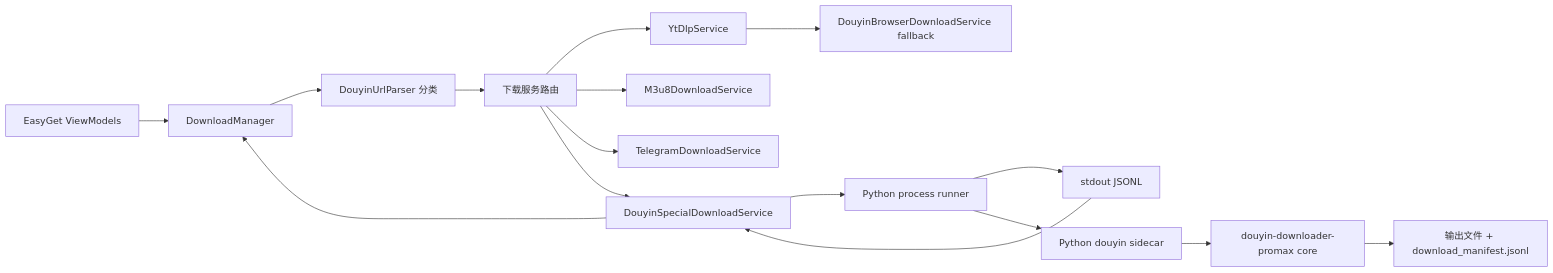
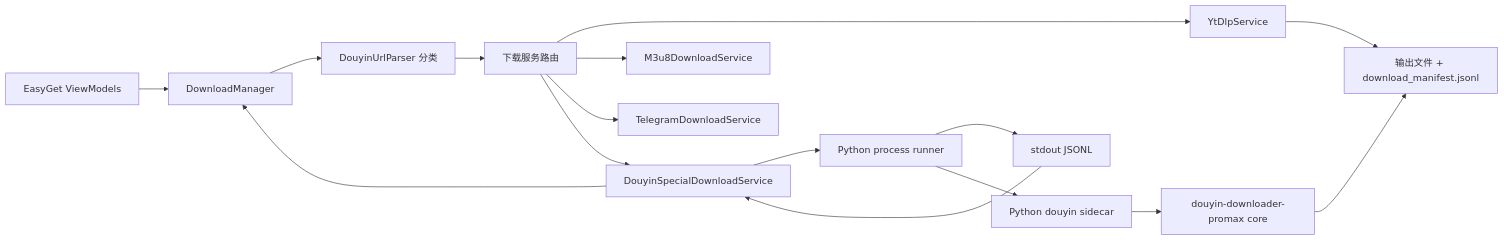
One commit to zzf-857/EasyGet changed the diagram in docs/douyin-special-engine-design.md. Above: the diagram before and after it, drawn with Mermaid. The commit also changed other lines of this file and 5 other files, not shown here.

````diff
--- a/docs/douyin-special-engine-design.md
+++ b/docs/douyin-special-engine-design.md
@@ -140,18 +139,18 @@
 ```mermaid
 flowchart LR
     UI["EasyGet ViewModels"] --> DM["DownloadManager"]
     DM --> Parser["DouyinUrlParser 分类"]
     Parser --> Router["下载服务路由"]
     Router --> YTDLP["YtDlpService"]
     Router --> M3U8["M3u8DownloadService"]
     Router --> TG["TelegramDownloadService"]
     Router --> DYC["DouyinSpecialDownloadService"]
     DYC --> Proc["Python process runner"]
     Proc --> JSONL["stdout JSONL"]
     JSONL --> DYC
     Proc --> Sidecar["Python douyin sidecar"]
     Sidecar --> Core["douyin-downloader-promax core"]
     Core --> FS["输出文件 + download_manifest.jsonl"]
     DYC --> DM
-    YTDLP --> BrowserFallback["DouyinBrowserDownloadService fallback"]
+    YTDLP --> FS
 ```
````
